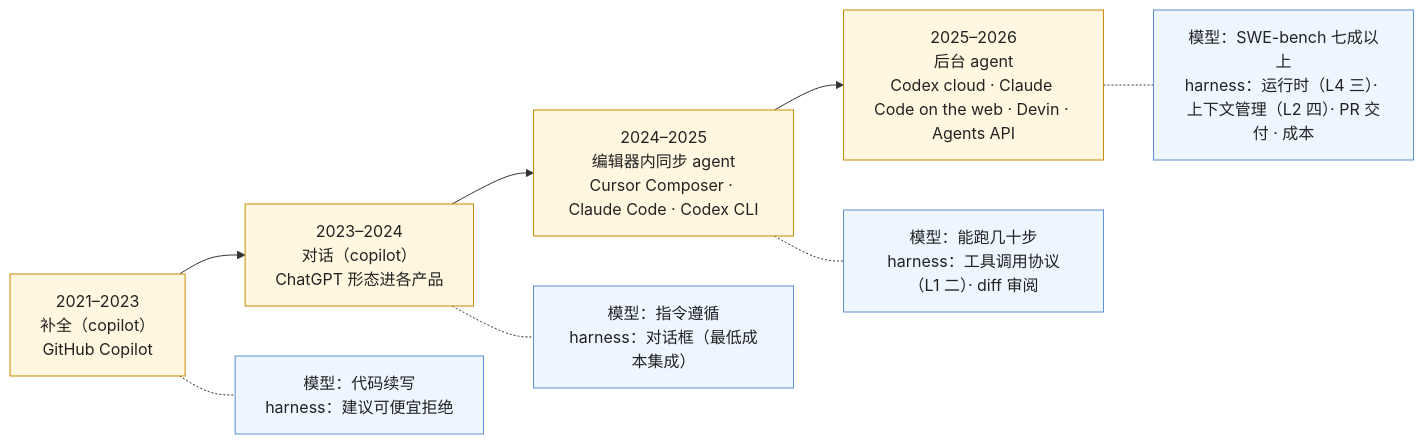
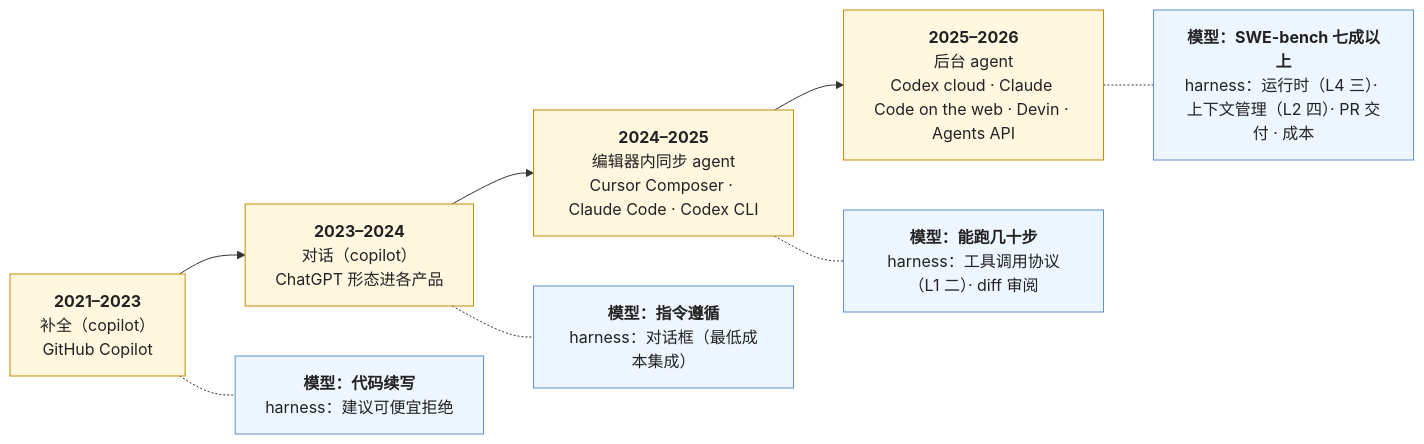
Before and after one commit to arganzheng/arganzheng.github.com: the third of 5 diagrams in _posts/2026-11-17-product-forms-copilot-agent-automation-and-the-rise-of-background-agents.md, drawn with Mermaid. The commit also changed other lines of this file and 5 other files, not shown here.

First line of the commit message:
产品与体验：把不确定的能力做成可信的产品：Mermaid 多行方框的首行标为标题（6 篇）

````diff
--- a/_posts/2026-11-17-product-forms-copilot-agent-automation-and-the-rise-of-background-agents.md
+++ b/_posts/2026-11-17-product-forms-copilot-agent-automation-and-the-rise-of-background-agents.md
@@ -108,15 +108,15 @@
 ```mermaid
 %% 图：2021–2026 形态的演进，每一步 = 模型能力 + 一个 harness 机制——补全需要代码模型能续写 + 建议可便宜拒绝；对话需要指令遵循 + 对话框这个最低成本集成；编辑器内同步 agent 需要工具调用协议成熟 + 能跑几十步 + diff 审阅；后台 agent 需要运行时（持久化 · 挂起 · 沙箱）+ 上下文管理 + PR 作为交付物 + 成本可接受
 flowchart LR
-    S1["2021–2023<br/>补全（copilot）<br/>GitHub Copilot"] --> S2["2023–2024<br/>对话（copilot）<br/>ChatGPT 形态进各产品"]
-    S2 --> S3["2024–2025<br/>编辑器内同步 agent<br/>Cursor Composer · Claude Code · Codex CLI"]
-    S3 --> S4["2025–2026<br/>后台 agent<br/>Codex cloud · Claude Code on the web · Devin · Agents API"]
-    S1 -.- M1["模型：代码续写<br/>harness：建议可便宜拒绝"]
-    S2 -.- M2["模型：指令遵循<br/>harness：对话框（最低成本集成）"]
-    S3 -.- M3["模型：能跑几十步<br/>harness：工具调用协议（L1 二）· diff 审阅"]
-    S4 -.- M4["模型：SWE-bench 七成以上<br/>harness：运行时（L4 三）· 上下文管理（L2 四）· PR 交付 · 成本"]
+    S1["<b>2021–2023</b><br/>补全（copilot）<br/>GitHub Copilot"] --> S2["<b>2023–2024</b><br/>对话（copilot）<br/>ChatGPT 形态进各产品"]
+    S2 --> S3["<b>2024–2025</b><br/>编辑器内同步 agent<br/>Cursor Composer · Claude Code · Codex CLI"]
+    S3 --> S4["<b>2025–2026</b><br/>后台 agent<br/>Codex cloud · Claude Code on the web · Devin · Agents API"]
+    S1 -.- M1["<b>模型：代码续写</b><br/>harness：建议可便宜拒绝"]
+    S2 -.- M2["<b>模型：指令遵循</b><br/>harness：对话框（最低成本集成）"]
+    S3 -.- M3["<b>模型：能跑几十步</b><br/>harness：工具调用协议（L1 二）· diff 审阅"]
+    S4 -.- M4["<b>模型：SWE-bench 七成以上</b><br/>harness：运行时（L4 三）· 上下文管理（L2 四）· PR 交付 · 成本"]
     classDef s fill:#fff7e0,stroke:#c98a00,color:#222
     classDef m fill:#eef6ff,stroke:#5b8fd6,color:#222
     class S1,S2,S3,S4 s
     class M1,M2,M3,M4 m
 ```
````
